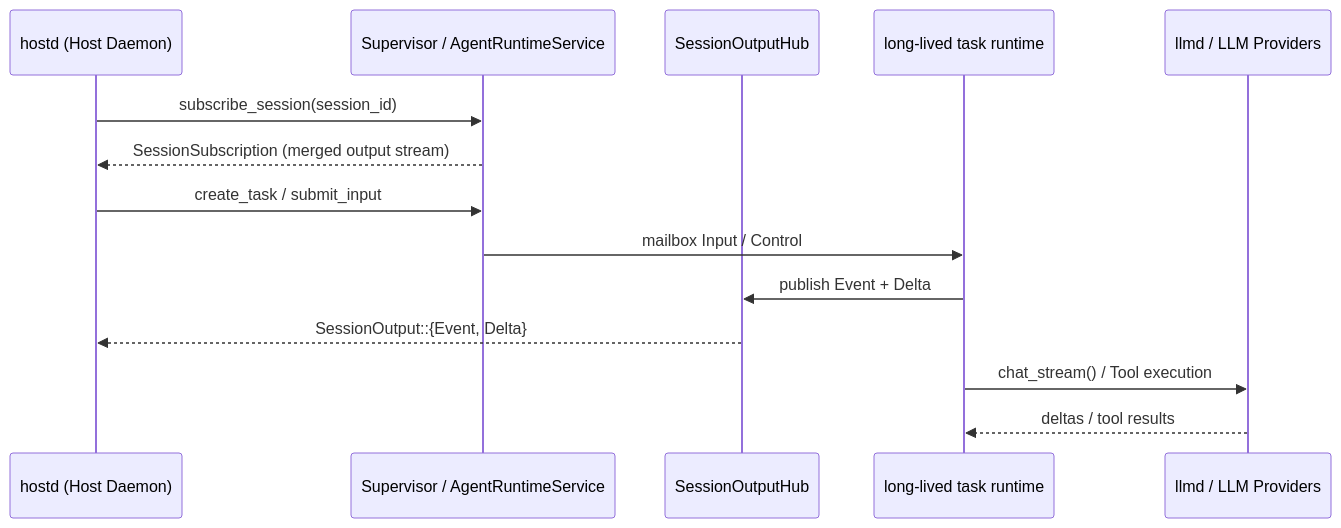
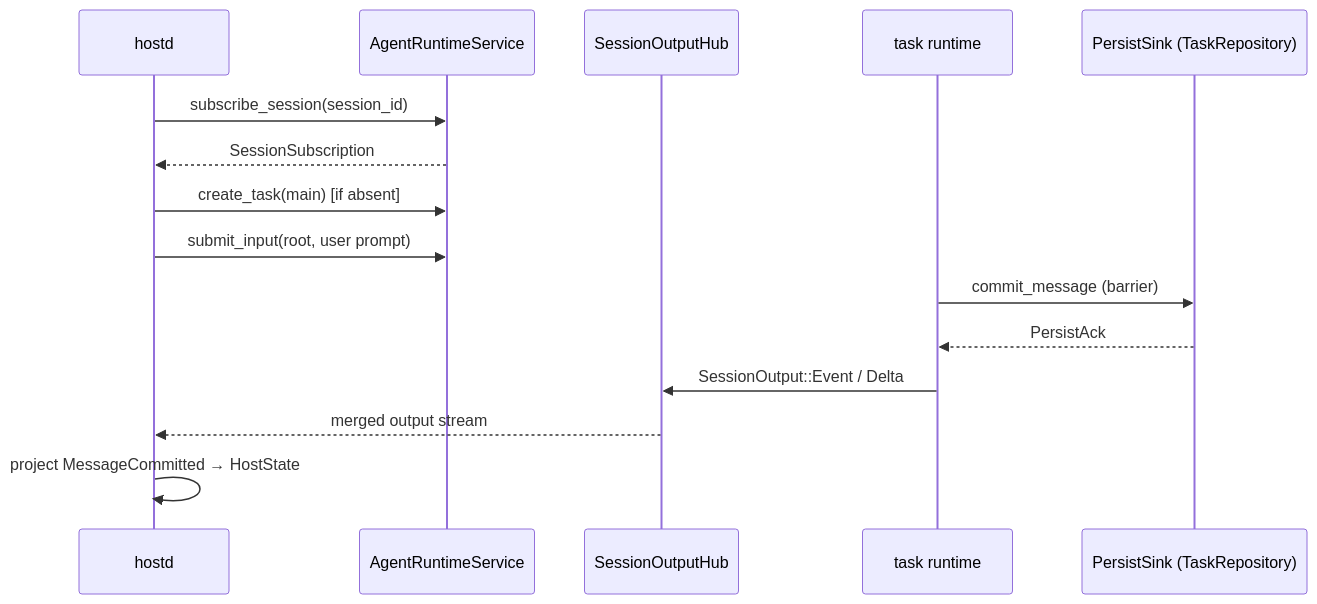
The diagram in packages/orchd/docs/host-interface.md (biuld/piko), drawn with Mermaid before and after one commit. The commit also changed other lines of this file and 60 other files, not shown here.

First line of the commit message:
Align hostd–orchd integration with Agent Runtime API and refresh docs.

````diff
--- a/packages/orchd/docs/host-interface.md
+++ b/packages/orchd/docs/host-interface.md
@@ -10,17 +26,18 @@
 ```mermaid
 sequenceDiagram
-    participant Host as hostd (Host Daemon)
-    participant Core as Supervisor / AgentRuntimeService
+    participant Host as hostd
+    participant RT as AgentRuntimeService
     participant Hub as SessionOutputHub
-    participant Task as long-lived task runtime
-    participant LLM as llmd / LLM Providers
+    participant Task as task runtime
+    participant Store as PersistSink (TaskRepository)
 
-    Host->>Core: subscribe_session(session_id)
-    Core-->>Host: SessionSubscription (merged output stream)
-    Host->>Core: create_task / submit_input
-    Core->>Task: mailbox Input / Control
-    Task->>Hub: publish Event + Delta
-    Hub-->>Host: SessionOutput::{Event, Delta}
-    Task->>LLM: chat_stream() / Tool execution
-    LLM-->>Task: deltas / tool results
+    Host->>RT: subscribe_session(session_id)
+    RT-->>Host: SessionSubscription
+    Host->>RT: create_task(main) [if absent]
+    Host->>RT: submit_input(root, user prompt)
+    Task->>Store: commit_message (barrier)
+    Store-->>Task: PersistAck
+    Task->>Hub: SessionOutput::Event / Delta
+    Hub-->>Host: merged output stream
+    Host->>Host: project MessageCommitted → HostState
 ```
````
